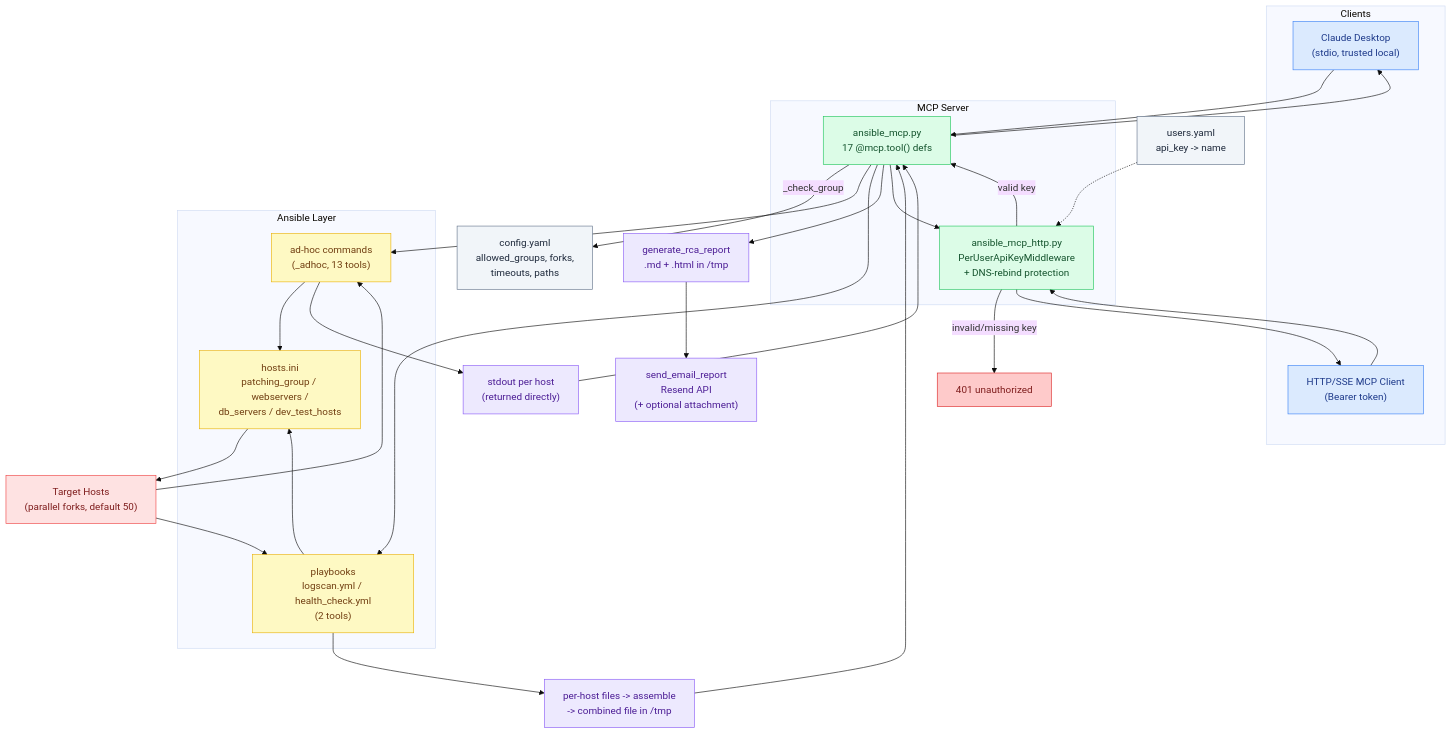
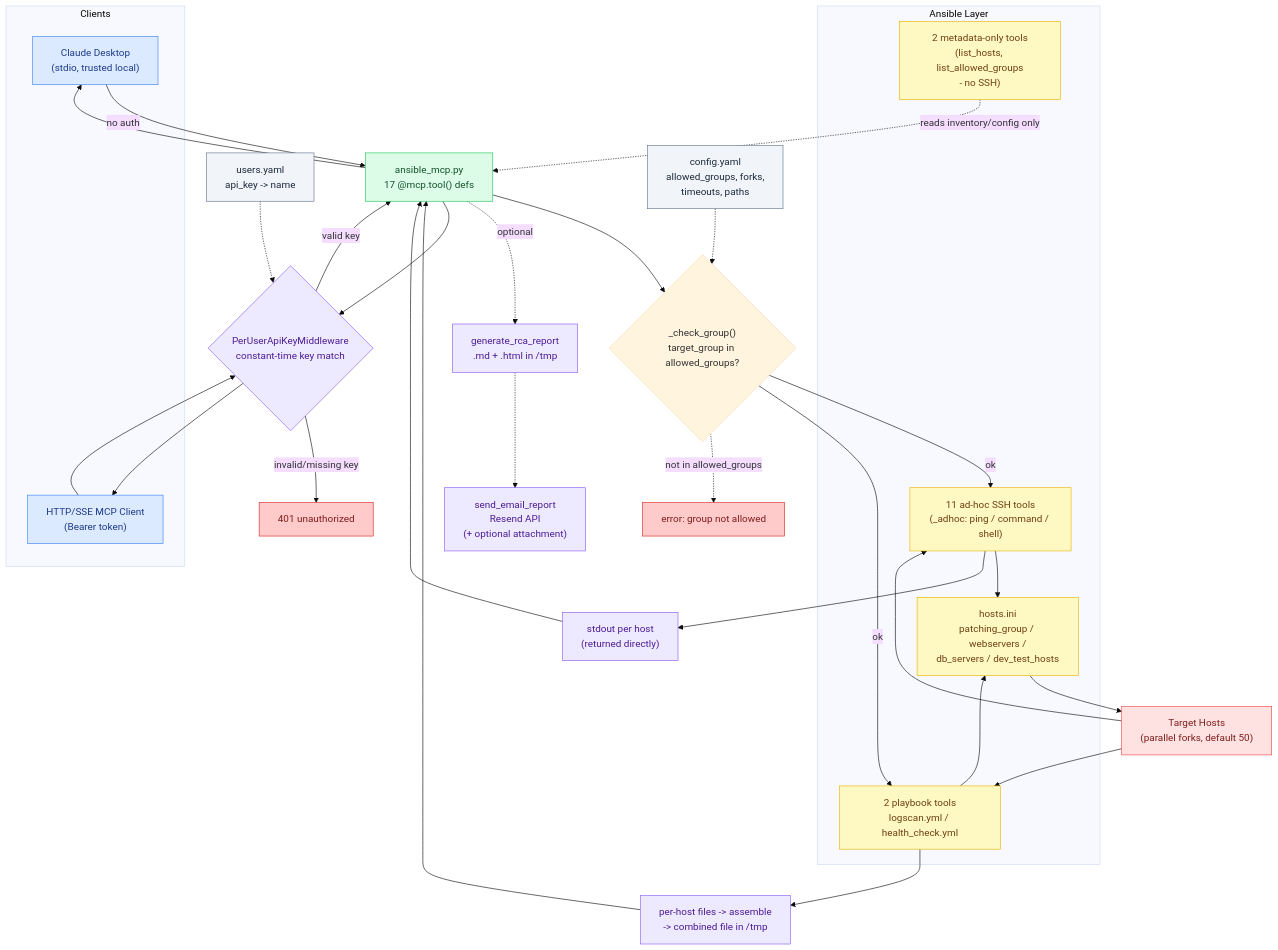
The diagram in ARCHITECTURE.md (debabrata-oss/ansible-log-mcp), drawn with Mermaid (base theme) before and after one commit. The commit also changed other lines of this file, not shown here.

Commit message:
Expand ARCHITECTURE.md diagram with auth/gate reject branches
Mermaid renders reliably in GitHub's markdown viewer, unlike raw
HTML/SVG embedded in a .md file (which GitHub sanitizes/strips) -
that's why the earlier standalone poster page didn't show inline.
Fold the same mechanism into the existing diagram instead: the
invalid-key 401 branch, the target_group allowlist reject branch,
the precise 11/2/2/2 tool split, and dashed edges for the optional
RCA report + email path.

Claude-Session: https://claude.ai/code/session_016YeJt4QcLvgdS7x4bWCiNd

````diff
--- a/ARCHITECTURE.md
+++ b/ARCHITECTURE.md
@@ -66,72 +66,80 @@
 ```mermaid
 flowchart TD
     subgraph Clients
         DESKTOP["Claude Desktop\n(stdio, trusted local)"]
         HTTPCLIENT["HTTP/SSE MCP Client\n(Bearer token)"]
     end
 
-    subgraph Server["MCP Server"]
-        STDIO["ansible_mcp.py\n17 @mcp.tool() defs"]
-        AUTH["ansible_mcp_http.py\nPerUserApiKeyMiddleware\n+ DNS-rebind protection"]
-    end
-
-    CFG["config.yaml\nallowed_groups, forks,\ntimeouts, paths"]
+    AUTH{"PerUserApiKeyMiddleware\nconstant-time key match"}
+    REJECT["401 unauthorized"]
     USERS["users.yaml\napi_key -> name"]
 
+    STDIO["ansible_mcp.py\n17 @mcp.tool() defs"]
+    CFG["config.yaml\nallowed_groups, forks,\ntimeouts, paths"]
+    GATE{"_check_group()\ntarget_group in allowed_groups?"}
+    GATEREJECT["error: group not allowed"]
+
     subgraph Ansible["Ansible Layer"]
-        ADHOC["ad-hoc commands\n(_adhoc, 13 tools)"]
-        PLAYBOOKS["playbooks\nlogscan.yml / health_check.yml\n(2 tools)"]
+        ADHOC["11 ad-hoc SSH tools\n(_adhoc: ping / command / shell)"]
+        META["2 metadata-only tools\n(list_hosts, list_allowed_groups\n- no SSH)"]
+        PLAYBOOKS["2 playbook tools\nlogscan.yml / health_check.yml"]
         INV["hosts.ini\npatching_group / webservers /\ndb_servers / dev_test_hosts"]
     end
 
     TARGETS["Target Hosts\n(parallel forks, default 50)"]
 
     OUT_ADHOC["stdout per host\n(returned directly)"]
     OUT_PLAYBOOK["per-host files -> assemble\n-> combined file in /tmp"]
 
     RCA["generate_rca_report\n.md + .html in /tmp"]
     MAIL["send_email_report\nResend API\n(+ optional attachment)"]
 
-    DESKTOP --> STDIO
+    DESKTOP -->|"no auth"| STDIO
     HTTPCLIENT --> AUTH
     AUTH -->|valid key| STDIO
-    AUTH -->|invalid/missing key| REJECT["401 unauthorized"]
+    AUTH -->|invalid/missing key| REJECT
     USERS -.-> AUTH
 
-    STDIO -->|_check_group| CFG
-    STDIO --> ADHOC
-    STDIO --> PLAYBOOKS
+    STDIO --> GATE
+    GATE -->|ok| ADHOC
+    GATE -->|ok| PLAYBOOKS
+    GATE -.->|"not in allowed_groups"| GATEREJECT
+    CFG -.-> GATE
+    META -.->|"reads inventory/config only"| STDIO
+
     ADHOC --> INV
     PLAYBOOKS --> INV
     INV --> TARGETS
     TARGETS --> ADHOC
     TARGETS --> PLAYBOOKS
 
     ADHOC --> OUT_ADHOC
     PLAYBOOKS --> OUT_PLAYBOOK
     OUT_ADHOC --> STDIO
     OUT_PLAYBOOK --> STDIO
 
-    STDIO --> RCA
-    RCA --> MAIL
+    STDIO -.->|optional| RCA
+    RCA -.-> MAIL
 
     STDIO --> DESKTOP
     STDIO --> AUTH
     AUTH --> HTTPCLIENT
 
     classDef client fill:#dbeafe,stroke:#3b82f6,color:#1e3a8a;
     classDef server fill:#dcfce7,stroke:#22c55e,color:#14532d;
     classDef config fill:#f1f5f9,stroke:#64748b,color:#1e293b;
     classDef ansible fill:#fef9c3,stroke:#eab308,color:#713f12;
     classDef targets fill:#fee2e2,stroke:#ef4444,color:#7f1d1d;
     classDef outputs fill:#ede9fe,stroke:#8b5cf6,color:#4c1d95;
     classDef reject fill:#fecaca,stroke:#dc2626,color:#7f1d1d;
+    classDef auth fill:#ede9fe,stroke:#8b5cf6,color:#4c1d95;
 
     class DESKTOP,HTTPCLIENT client;
-    class STDIO,AUTH server;
+    class STDIO server;
+    class AUTH auth;
     class CFG,USERS config;
-    class ADHOC,PLAYBOOKS,INV ansible;
+    class ADHOC,META,PLAYBOOKS,INV ansible;
     class TARGETS targets;
     class OUT_ADHOC,OUT_PLAYBOOK,RCA,MAIL outputs;
-    class REJECT reject;
+    class REJECT,GATEREJECT reject;
 ```
````
